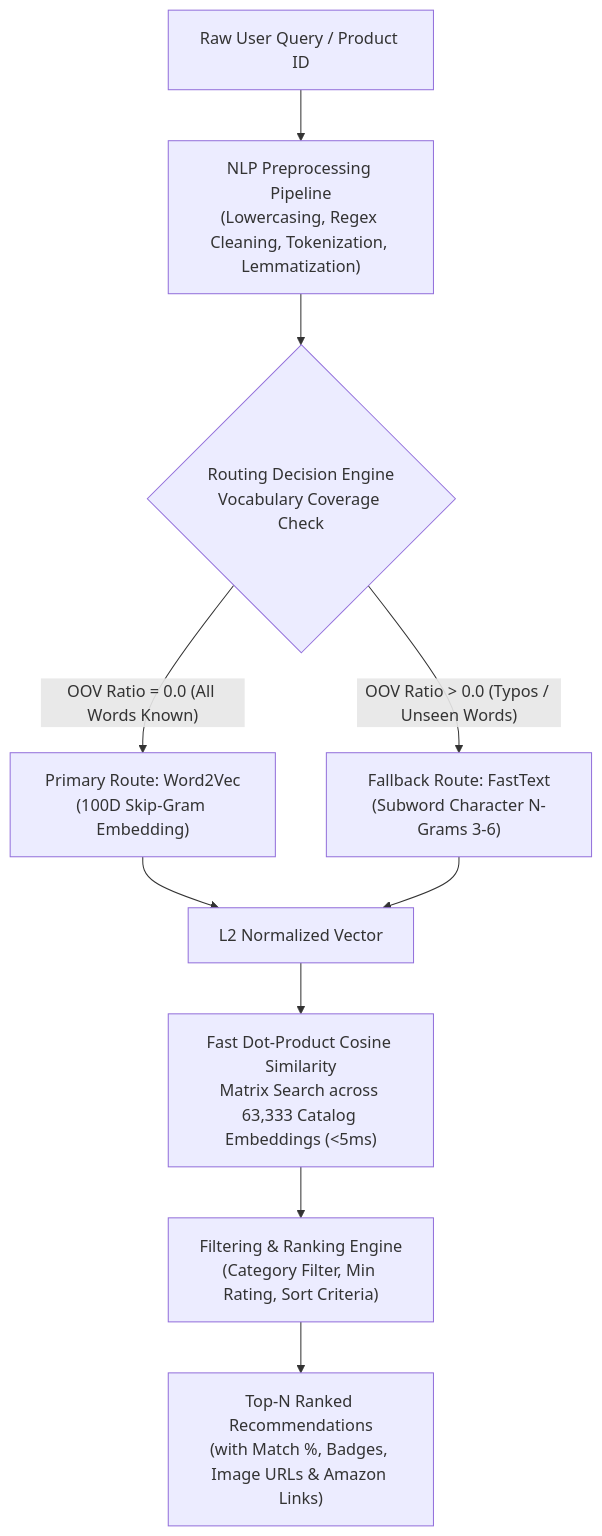
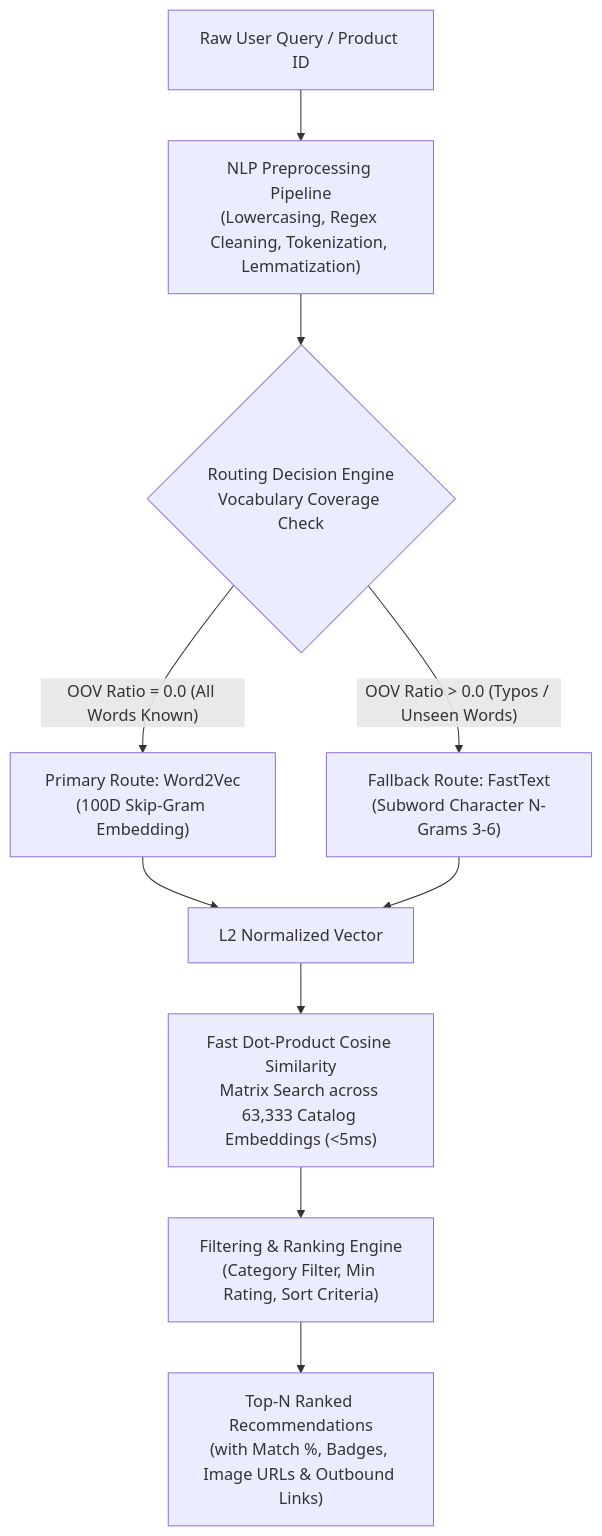
The diagram in README.md (teevvr7/Product-Recommendation), drawn with Mermaid before and after one commit. The commit also changed other lines of this file, not shown here.

````diff
--- a/README.md
+++ b/README.md
@@ -31,12 +30,12 @@
 ```mermaid
 flowchart TD
     A["Raw User Query / Product ID"] --> B["NLP Preprocessing Pipeline<br/>(Lowercasing, Regex Cleaning, Tokenization, Lemmatization)"]
     B --> C{"Routing Decision Engine<br/>Vocabulary Coverage Check"}
     C -- "OOV Ratio = 0.0 (All Words Known)" --> D["Primary Route: Word2Vec<br/>(100D Skip-Gram Embedding)"]
     C -- "OOV Ratio > 0.0 (Typos / Unseen Words)" --> E["Fallback Route: FastText<br/>(Subword Character N-Grams 3-6)"]
     D --> F["L2 Normalized Vector"]
     E --> F
     F --> G["Fast Dot-Product Cosine Similarity<br/>Matrix Search across 63,333 Catalog Embeddings (&lt;5ms)"]
     G --> H["Filtering & Ranking Engine<br/>(Category Filter, Min Rating, Sort Criteria)"]
-    H --> I["Top-N Ranked Recommendations<br/>(with Match %, Badges, Image URLs & Amazon Links)"]
+    H --> I["Top-N Ranked Recommendations<br/>(with Match %, Badges, Image URLs & Outbound Links)"]
 ```
````
